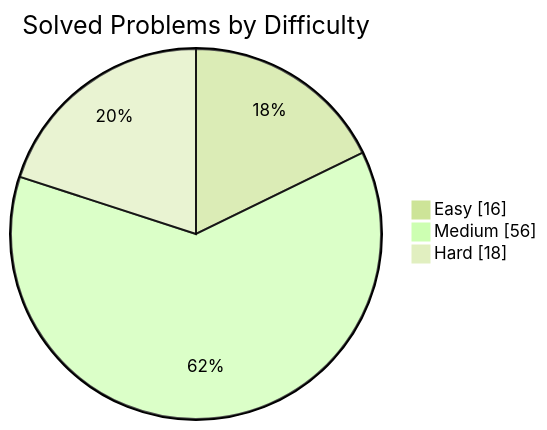
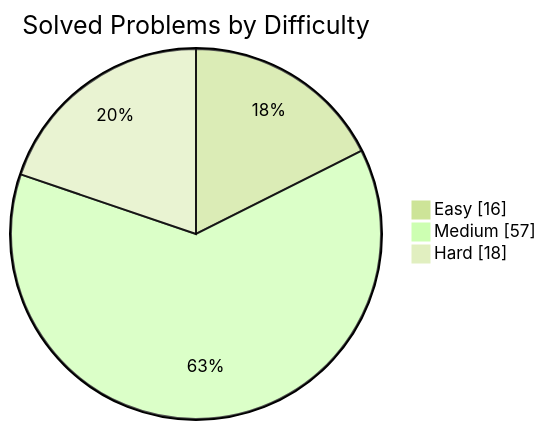
The first of 2 diagrams in README.md (manikantbindass/DSA-Preparation-FAANG), drawn with Mermaid (forest theme) before and after one commit. The commit also changed other lines of this file, not shown here.

````diff
--- a/README.md
+++ b/README.md
@@ -38,7 +38,7 @@
 ```mermaid
 pie showData
     title Solved Problems by Difficulty
     "Easy" : 16
-    "Medium" : 56
+    "Medium" : 57
     "Hard" : 18
 ```
````
